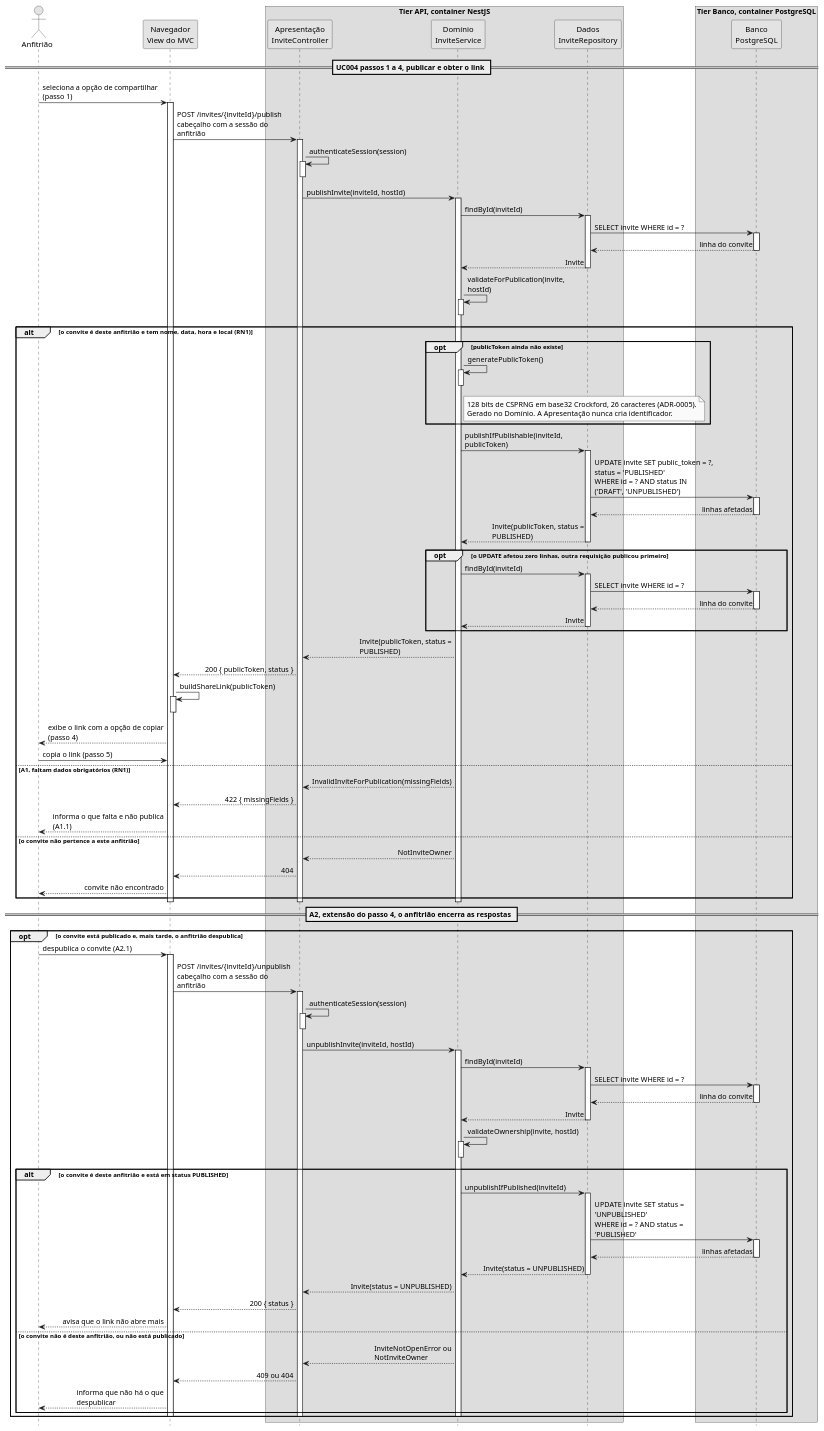
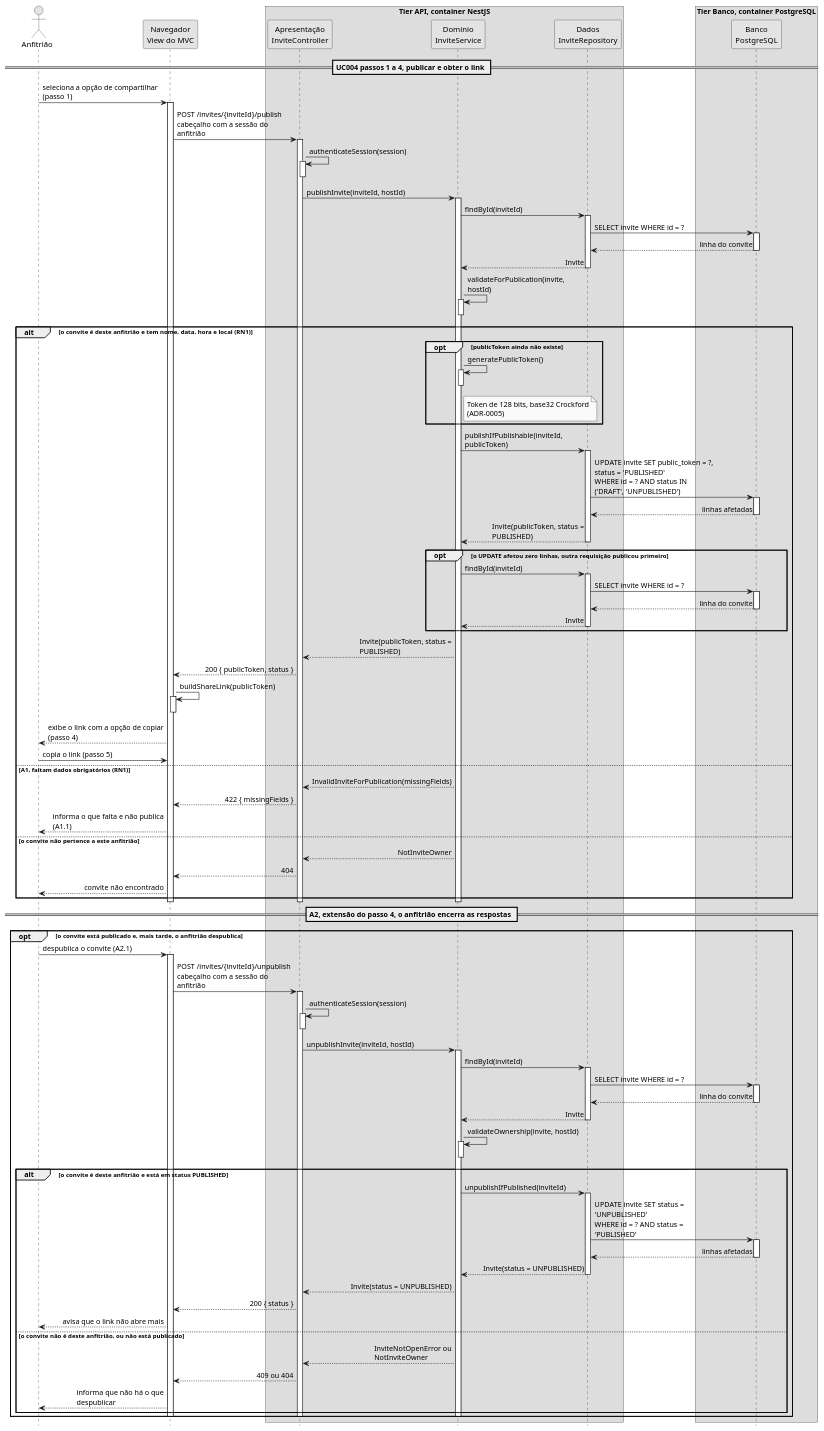
One commit to tcpassos/invite-app changed the diagram in docs/.attachments/diagrama-sequencia-uc004.puml. Above: the diagram before and after it, drawn with PlantUML. The commit also changed 11 other files, not shown here.

Commit message:
docs: notas dos diagramas viram rotulos e pacotes ganham nome em ingles

```diff
--- a/docs/.attachments/diagrama-sequencia-uc004.puml
+++ b/docs/.attachments/diagrama-sequencia-uc004.puml
@@ -1,175 +1,175 @@
 @startuml diagrama-sequencia-uc004
 ' Fonte do Diagrama de Sequência do UC004, Compartilhar convite (gerar link), da Sprint 2.
 ' Gera o PNG sem instalar nada além do Docker, a partir da pasta onde este arquivo está:
 '   docker run --rm -v "<caminho>:/data" plantuml/plantuml -tpng /data/diagrama-sequencia-uc004.puml
 ' No Windows, <caminho> é o caminho absoluto da pasta, por exemplo D:\invite-app\docs\.attachments
 ' A imagem tem cerca de 3200 pixels de altura. Se depois de editar ela sair cortada no rodapé,
 ' é o teto padrão de 4096 do PlantUML: acrescente -e PLANTUML_LIMIT_SIZE=16384 ao comando.
 ' Identificadores de método, de rota e de tabela em inglês, conforme o Guia de Estilo. Notas em português.
 ' Os três tiers vêm do ADR-0002. As três camadas lógicas da API vêm do ADR-0001.
 ' Os nomes de classe e de enumeração seguem o Diagrama de Classes da Sprint 2.
 
 skinparam shadowing false
 skinparam monochrome true
 skinparam sequenceMessageAlign first
 skinparam maxMessageSize 220
 hide footbox
 
 actor "Anfitrião" as Anfitriao
 
 participant "Navegador\nView do MVC" as BR
 
 box "Tier API, container NestJS"
   participant "Apresentação\nInviteController" as PR
   participant "Domínio\nInviteService" as DM
   participant "Dados\nInviteRepository" as DA
 end box
 
 box "Tier Banco, container PostgreSQL"
   participant "Banco\nPostgreSQL" as DB
 end box
 
 == UC004 passos 1 a 4, publicar e obter o link ==
 
 Anfitriao -> BR : seleciona a opção de compartilhar (passo 1)
 activate BR
 
 BR -> PR : POST /invites/{inviteId}/publish\ncabeçalho com a sessão do anfitrião
 activate PR
 
 PR -> PR : authenticateSession(session)
 activate PR
 deactivate PR
 
 PR -> DM : publishInvite(inviteId, hostId)
 activate DM
 
 DM -> DA : findById(inviteId)
 activate DA
 DA -> DB : SELECT invite WHERE id = ?
 activate DB
 DB --> DA : linha do convite
 deactivate DB
 DA --> DM : Invite
 deactivate DA
 
 DM -> DM : validateForPublication(invite, hostId)
 activate DM
 deactivate DM
 
 alt o convite é deste anfitrião e tem nome, data, hora e local (RN1)
 
   opt publicToken ainda não existe
     DM -> DM : generatePublicToken()
 note right of DM
-  128 bits de CSPRNG em base32 Crockford, 26 caracteres (ADR-0005).
-  Gerado no Domínio. A Apresentação nunca cria identificador.
+  Token de 128 bits, base32 Crockford
+  (ADR-0005)
 end note
     activate DM
     deactivate DM
   end
 
   DM -> DA : publishIfPublishable(inviteId, publicToken)
   activate DA
   DA -> DB : UPDATE invite SET public_token = ?, status = 'PUBLISHED'\nWHERE id = ? AND status IN ('DRAFT', 'UNPUBLISHED')
   activate DB
   DB --> DA : linhas afetadas
   deactivate DB
   DA --> DM : Invite(publicToken, status = PUBLISHED)
   deactivate DA
 
   opt o UPDATE afetou zero linhas, outra requisição publicou primeiro
     DM -> DA : findById(inviteId)
     activate DA
     DA -> DB : SELECT invite WHERE id = ?
     activate DB
     DB --> DA : linha do convite
     deactivate DB
     DA --> DM : Invite
     deactivate DA
   end
 
   DM --> PR : Invite(publicToken, status = PUBLISHED)
   PR --> BR : 200 { publicToken, status }
   BR -> BR : buildShareLink(publicToken)
   activate BR
   deactivate BR
   BR --> Anfitriao : exibe o link com a opção de copiar (passo 4)
 
   Anfitriao -> BR : copia o link (passo 5)
 
 else A1, faltam dados obrigatórios (RN1)
 
   DM --> PR : InvalidInviteForPublication(missingFields)
   PR --> BR : 422 { missingFields }
   BR --> Anfitriao : informa o que falta e não publica (A1.1)
 
 else o convite não pertence a este anfitrião
 
   DM --> PR : NotInviteOwner
   PR --> BR : 404
   BR --> Anfitriao : convite não encontrado
 
 end
 
 deactivate DM
 deactivate PR
 deactivate BR
 
 == A2, extensão do passo 4, o anfitrião encerra as respostas ==
 
 opt o convite está publicado e, mais tarde, o anfitrião despublica
 
   Anfitriao -> BR : despublica o convite (A2.1)
   activate BR
   BR -> PR : POST /invites/{inviteId}/unpublish\ncabeçalho com a sessão do anfitrião
   activate PR
   PR -> PR : authenticateSession(session)
   activate PR
   deactivate PR
   PR -> DM : unpublishInvite(inviteId, hostId)
   activate DM
 
   DM -> DA : findById(inviteId)
   activate DA
   DA -> DB : SELECT invite WHERE id = ?
   activate DB
   DB --> DA : linha do convite
   deactivate DB
   DA --> DM : Invite
   deactivate DA
 
   DM -> DM : validateOwnership(invite, hostId)
   activate DM
   deactivate DM
 
   alt o convite é deste anfitrião e está em status PUBLISHED
 
     DM -> DA : unpublishIfPublished(inviteId)
     activate DA
     DA -> DB : UPDATE invite SET status = 'UNPUBLISHED'\nWHERE id = ? AND status = 'PUBLISHED'
     activate DB
     DB --> DA : linhas afetadas
     deactivate DB
     DA --> DM : Invite(status = UNPUBLISHED)
     deactivate DA
 
     DM --> PR : Invite(status = UNPUBLISHED)
     PR --> BR : 200 { status }
     BR --> Anfitriao : avisa que o link não abre mais
 
   else o convite não é deste anfitrião, ou não está publicado
 
     DM --> PR : InviteNotOpenError ou NotInviteOwner
     PR --> BR : 409 ou 404
     BR --> Anfitriao : informa que não há o que despublicar
 
   end
 
   deactivate DM
   deactivate PR
   deactivate BR
 
 end
 
 @enduml
```
